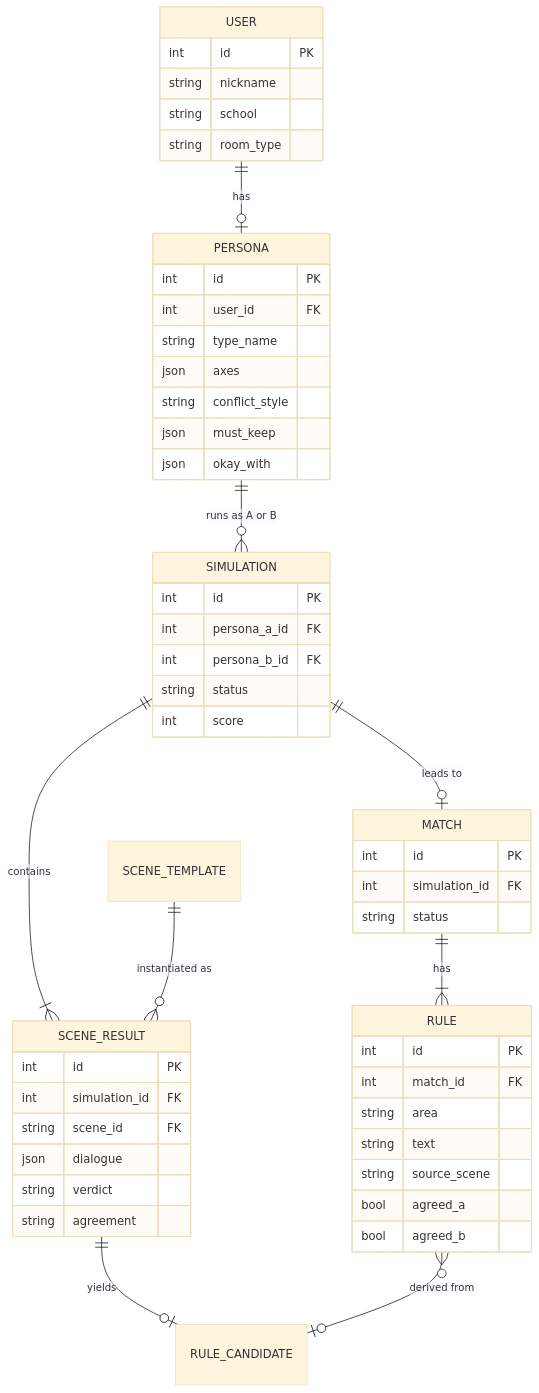
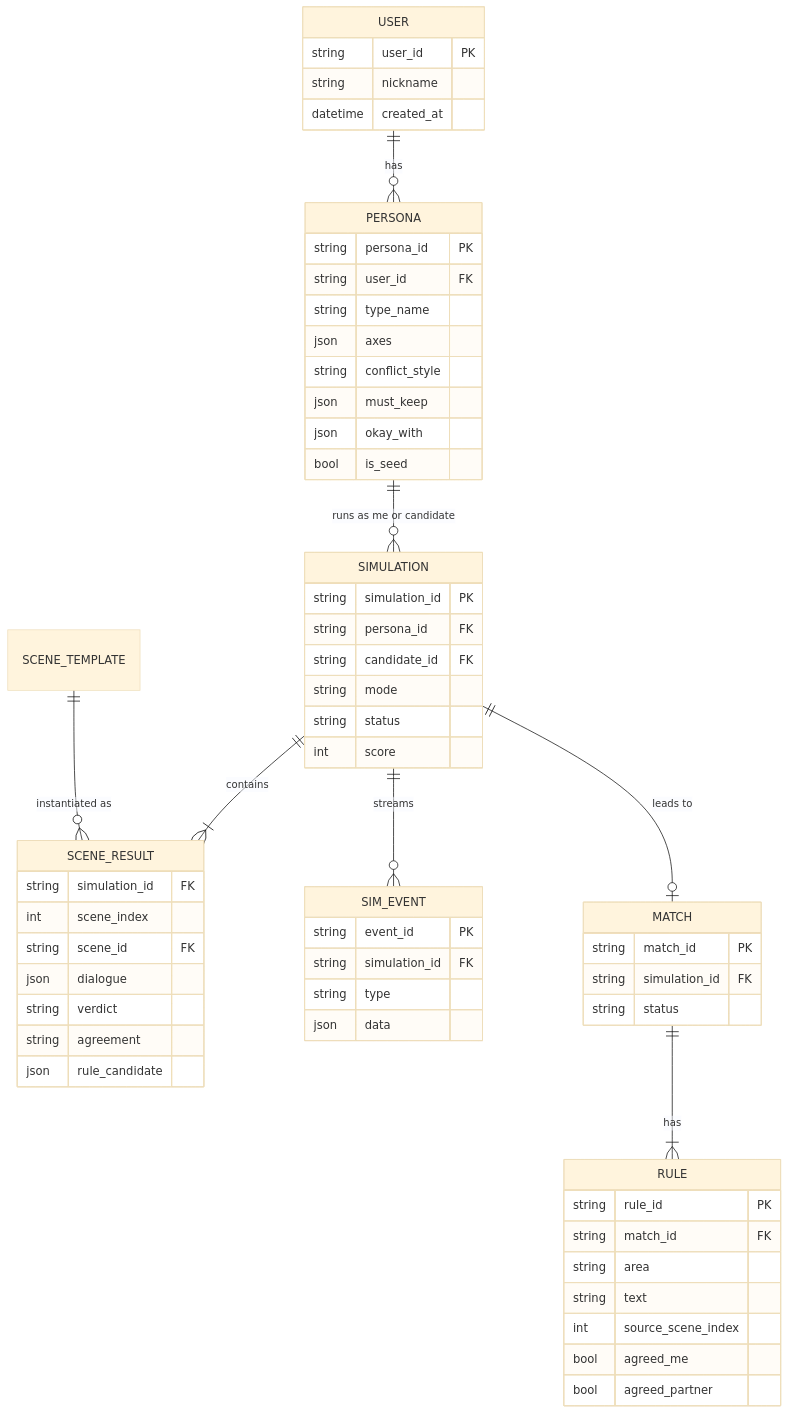
The fourth of 5 diagrams in docs/PRD.md (gokimkh123/SW_Design_Development), drawn with Mermaid (base theme) before and after one commit. The commit also changed other lines of this file and 16 other files, not shown here.

````diff
--- a/docs/PRD.md
+++ b/docs/PRD.md
@@ -453,56 +474,63 @@
 ```mermaid
 erDiagram
-    USER ||--o| PERSONA : has
-    PERSONA ||--o{ SIMULATION : "runs as A or B"
+    USER ||--o{ PERSONA : has
+    PERSONA ||--o{ SIMULATION : "runs as me or candidate"
     SIMULATION ||--|{ SCENE_RESULT : contains
     SCENE_TEMPLATE ||--o{ SCENE_RESULT : "instantiated as"
-    SCENE_RESULT ||--o| RULE_CANDIDATE : yields
+    SIMULATION ||--o{ SIM_EVENT : streams
     SIMULATION ||--o| MATCH : "leads to"
     MATCH ||--|{ RULE : has
-    RULE }o--o| RULE_CANDIDATE : "derived from"
 
     USER {
-        int id PK
+        string user_id PK
         string nickname
-        string school
-        string room_type
+        datetime created_at
     }
     PERSONA {
-        int id PK
-        int user_id FK
+        string persona_id PK
+        string user_id FK
         string type_name
         json axes
         string conflict_style
         json must_keep
         json okay_with
+        bool is_seed
     }
     SIMULATION {
-        int id PK
-        int persona_a_id FK
-        int persona_b_id FK
+        string simulation_id PK
+        string persona_id FK
+        string candidate_id FK
+        string mode
         string status
         int score
     }
     SCENE_RESULT {
-        int id PK
-        int simulation_id FK
+        string simulation_id FK
+        int scene_index
         string scene_id FK
         json dialogue
         string verdict
         string agreement
+        json rule_candidate
+    }
+    SIM_EVENT {
+        string event_id PK
+        string simulation_id FK
+        string type
+        json data
     }
     MATCH {
-        int id PK
-        int simulation_id FK
+        string match_id PK
+        string simulation_id FK
         string status
     }
     RULE {
-        int id PK
-        int match_id FK
+        string rule_id PK
+        string match_id FK
         string area
         string text
-        string source_scene
-        bool agreed_a
-        bool agreed_b
+        int source_scene_index
+        bool agreed_me
+        bool agreed_partner
     }
 ```
````
